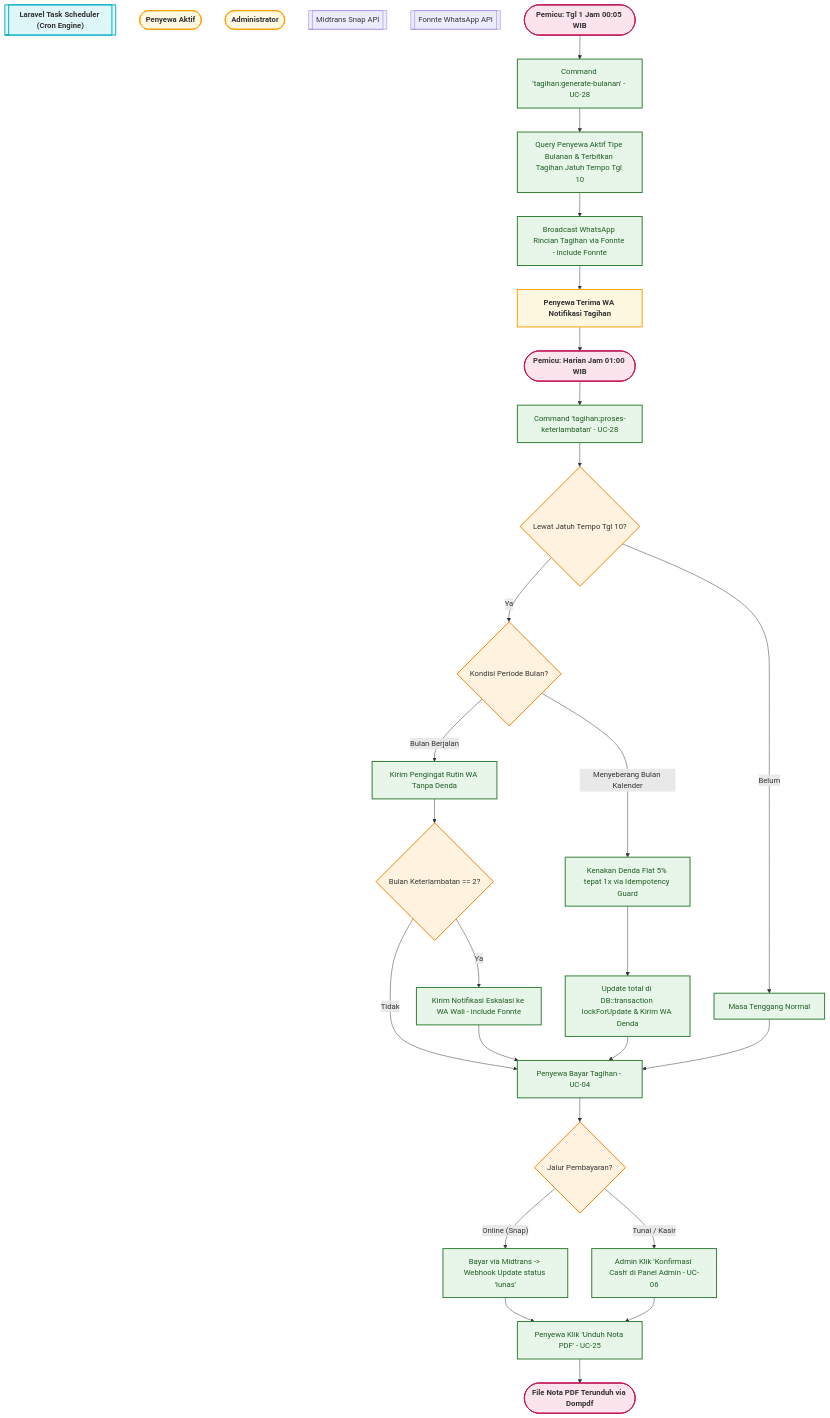
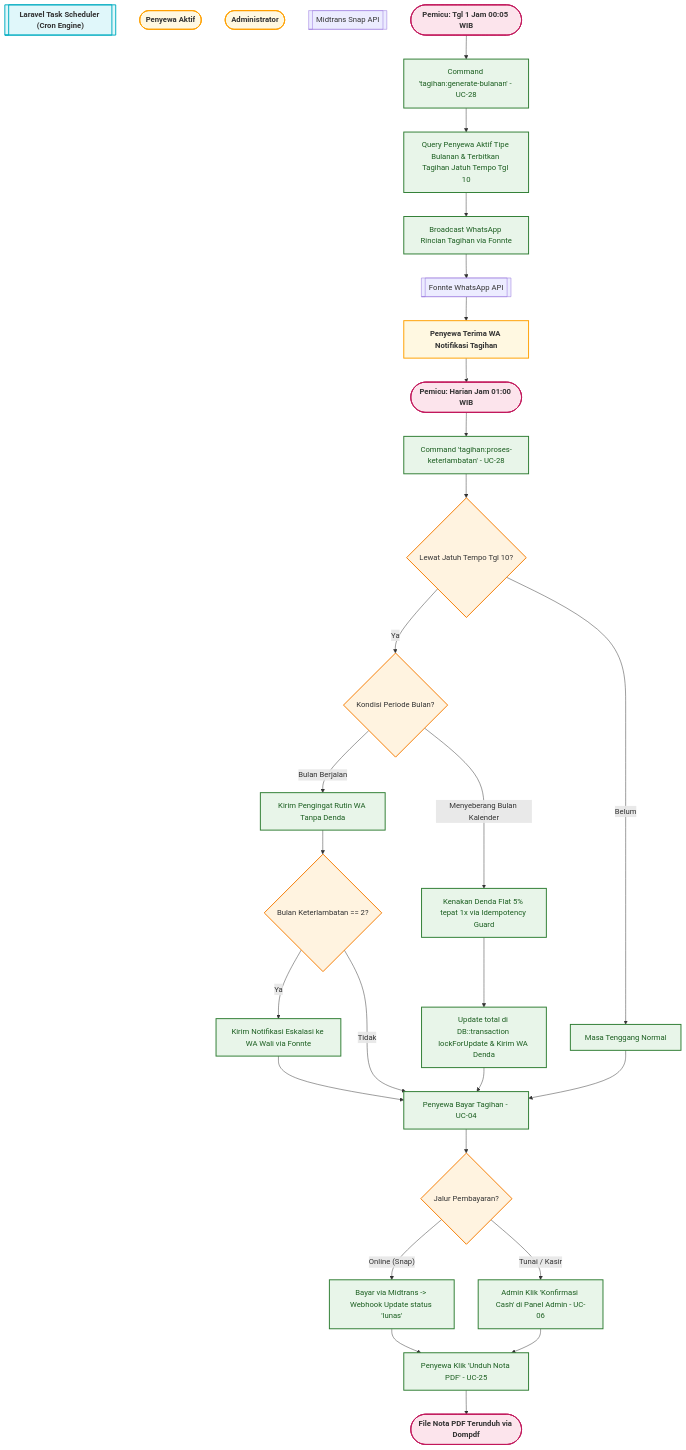
One commit to rafifarsyapradiva/asri-boarding-house changed the ninth of 12 diagrams in Blueprint/Use_Case_Diagram_Kost.md. Above: the diagram before and after it, drawn with Mermaid. The commit also changed other lines of this file and 35 other files, not shown here.

Commit message:
docs(use-case): finalisasi use case diagram, kepatuhan notasi uml 2.5, alur interaksi terpadu, dan update blueprint v237.0

````diff
--- a/Blueprint/Use_Case_Diagram_Kost.md
+++ b/Blueprint/Use_Case_Diagram_Kost.md
@@ -581,51 +913,52 @@
 ```mermaid
 flowchart TD
     classDef timerNode fill:#e0f7fa,stroke:#00acc1,stroke-width:2px,font-weight:bold;
     classDef actorNode fill:#fff8e1,stroke:#ffa000,stroke-width:2px,font-weight:bold;
     classDef sysNode fill:#e8f5e9,stroke:#2e7d32,stroke-width:2px,color:#1b5e20;
     classDef decisionNode fill:#fff3e0,stroke:#f57c00,stroke-width:2px;
     classDef terminalNode fill:#fce4ec,stroke:#c2185b,stroke-width:2px,font-weight:bold;
 
     %% TIMERS & ACTORS
     Cron[["Laravel Task Scheduler (Cron Engine)"]]:::timerNode
     Tenant(["Penyewa Aktif"]):::actorNode
     Admin(["Administrator"]):::actorNode
     Midtrans[["Midtrans Snap API"]]:::extNode
     Fonnte[["Fonnte WhatsApp API"]]:::extNode
 
     %% PHASE 1: GENERATE INVOICE
     Start([Pemicu: Tgl 1 Jam 00:05 WIB]):::terminalNode --> A1[Command 'tagihan:generate-bulanan' - UC-28]:::sysNode
     A1 --> A2[Query Penyewa Aktif Tipe Bulanan & Terbitkan Tagihan Jatuh Tempo Tgl 10]:::sysNode
-    A2 --> A3[Broadcast WhatsApp Rincian Tagihan via Fonnte - include Fonnte]:::sysNode
-    A3 --> A4[Penyewa Terima WA Notifikasi Tagihan]:::actorNode
+    A2 --> A3[Broadcast WhatsApp Rincian Tagihan via Fonnte]:::sysNode
+    A3 --> Fonnte
+    Fonnte --> A4[Penyewa Terima WA Notifikasi Tagihan]:::actorNode
 
     %% PHASE 2: DAILY PENALTY & GUARDIAN ESCALATION
     A4 --> B1([Pemicu: Harian Jam 01:00 WIB]):::terminalNode
     B1 --> B2[Command 'tagihan:proses-keterlambatan' - UC-28]:::sysNode
     B2 --> B3{Lewat Jatuh Tempo Tgl 10?}:::decisionNode
     
     B3 -- Belum --> B4[Masa Tenggang Normal]:::sysNode
     B3 -- Ya --> B5{Kondisi Periode Bulan?}:::decisionNode
 
     B5 -- Bulan Berjalan --> B6[Kirim Pengingat Rutin WA Tanpa Denda]:::sysNode
     B6 --> B7{Bulan Keterlambatan == 2?}:::decisionNode
-    B7 -- Ya --> B8[Kirim Notifikasi Eskalasi ke WA Wali - include Fonnte]:::sysNode
+    B7 -- Ya --> B8[Kirim Notifikasi Eskalasi ke WA Wali via Fonnte]:::sysNode
+    B8 --> C1
     B7 -- Tidak --> C1
 
     B5 -- Menyeberang Bulan Kalender --> B9[Kenakan Denda Flat 5% tepat 1x via Idempotency Guard]:::sysNode
     B9 --> B10[Update total di DB::transaction lockForUpdate & Kirim WA Denda]:::sysNode
+    B10 --> C1
 
     %% PHASE 3: PAYMENT
-    B8 --> C1[Penyewa Bayar Tagihan - UC-04]:::sysNode
-    B10 --> C1
-    B4 --> C1
+    B4 --> C1[Penyewa Bayar Tagihan - UC-04]:::sysNode
     
     C1 --> C2{Jalur Pembayaran?}:::decisionNode
     C2 -- Online (Snap) --> D1[Bayar via Midtrans -> Webhook Update status 'lunas']:::sysNode
     C2 -- Tunai / Kasir --> D2[Admin Klik 'Konfirmasi Cash' di Panel Admin - UC-06]:::sysNode
 
     %% PHASE 4: RECEIPT GENERATION
     D1 --> E1[Penyewa Klik 'Unduh Nota PDF' - UC-25]:::sysNode
     D2 --> E1
     E1 --> End([File Nota PDF Terunduh via Dompdf]):::terminalNode
 ```
````
